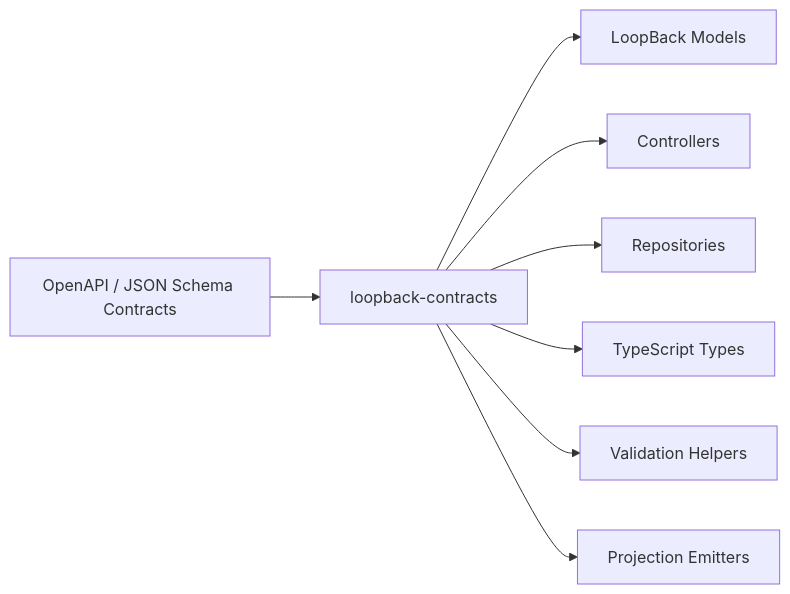
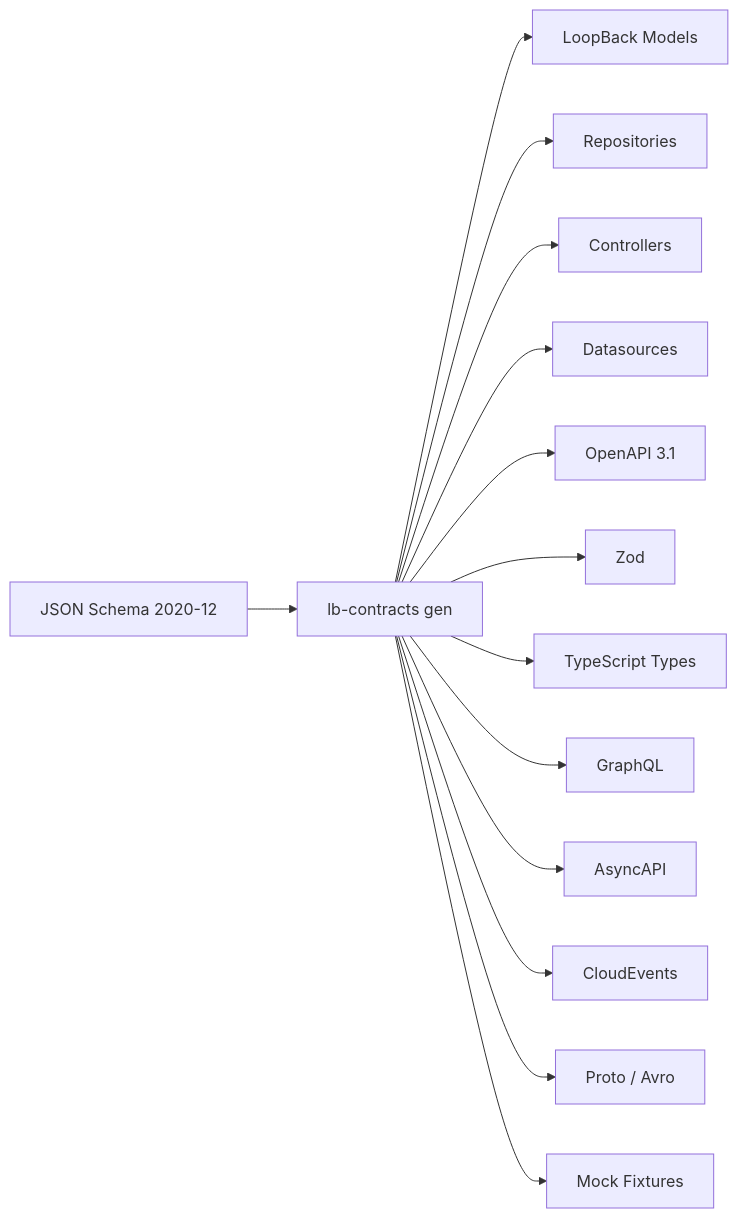
Before and after one commit to ebarahona/loopback-contracts: the diagram in README.md, drawn with Mermaid. The commit also changed other lines of this file, not shown here.

First line of the commit message:
Rename project to @ebarahona/loopback-contracts

````diff
--- a/README.md
+++ b/README.md
@@ -54,13 +128,18 @@
 ```mermaid
 graph LR
-
-  A[OpenAPI / JSON Schema Contracts]
-    --> B[loopback-contracts]
+  A[JSON Schema 2020-12] --> B[lb-contracts gen]
 
   B --> C[LoopBack Models]
-  B --> D[Controllers]
-  B --> E[Repositories]
-  B --> F[TypeScript Types]
-  B --> G[Validation Helpers]
-  B --> H[Projection Emitters]
+  B --> D[Repositories]
+  B --> E[Controllers]
+  B --> F[Datasources]
+  B --> G[OpenAPI 3.1]
+
+  B --> H[Zod]
+  B --> I[TypeScript Types]
+  B --> J[GraphQL]
+  B --> K[AsyncAPI]
+  B --> L[CloudEvents]
+  B --> M[Proto / Avro]
+  B --> N[Mock Fixtures]
 ```
````
